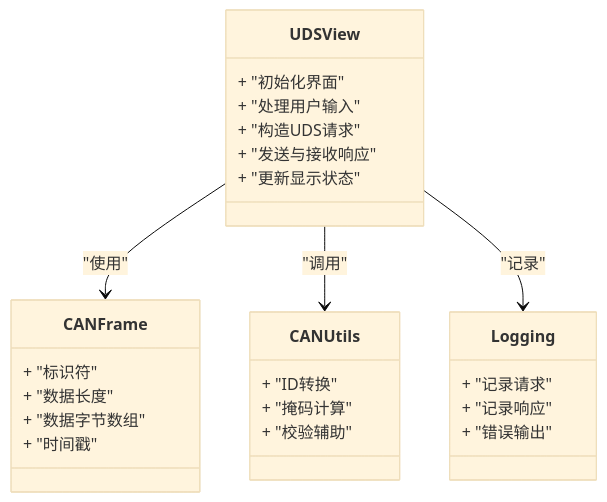
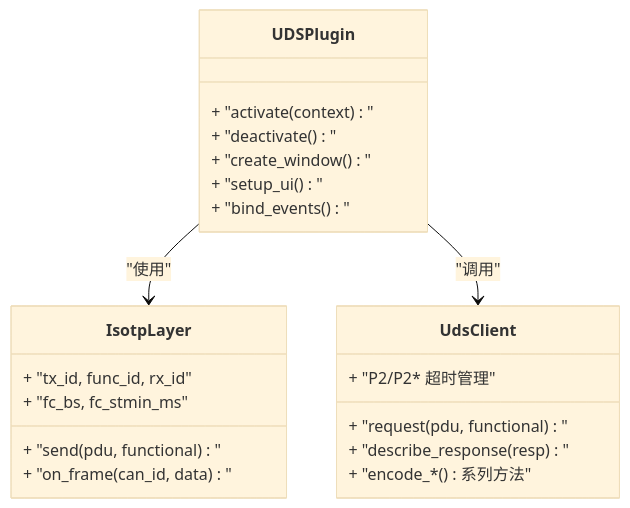
One commit to jakecai1225-design/OpenBus changed the third of 5 diagrams in .qoder/repowiki/zh/content/核心模块详解/UDS诊断接口.md. Above: the diagram before and after it, drawn with Mermaid (base theme). The commit also changed other lines of this file and 57 other files, not shown here.

````diff
--- a/.qoder/repowiki/zh/content/核心模块详解/UDS诊断接口.md
+++ b/.qoder/repowiki/zh/content/核心模块详解/UDS诊断接口.md
@@ -138,29 +150,24 @@
 ```mermaid
 classDiagram
-class UDSView {
-+ "初始化界面"
-+ "处理用户输入"
-+ "构造UDS请求"
-+ "发送与接收响应"
-+ "更新显示状态"
+class UDSPlugin {
++ "activate(context)"
++ "deactivate()"
++ "create_window()"
++ "setup_ui()"
++ "bind_events()"
 }
-class CANFrame {
-+ "标识符"
-+ "数据长度"
-+ "数据字节数组"
-+ "时间戳"
+class IsotpLayer {
++ "send(pdu, functional)"
++ "on_frame(can_id, data)"
++ "tx_id, func_id, rx_id"
++ "fc_bs, fc_stmin_ms"
 }
-class CANUtils {
-+ "ID转换"
-+ "掩码计算"
-+ "校验辅助"
+class UdsClient {
++ "request(pdu, functional)"
++ "describe_response(resp)"
++ "encode_*() 系列方法"
++ "P2/P2* 超时管理"
 }
-class Logging {
-+ "记录请求"
-+ "记录响应"
-+ "错误输出"
-}
-UDSView --> CANFrame : "使用"
-UDSView --> CANUtils : "调用"
-UDSView --> Logging : "记录"
+UDSPlugin --> IsotpLayer : "使用"
+UDSPlugin --> UdsClient : "调用"
 ```
````
